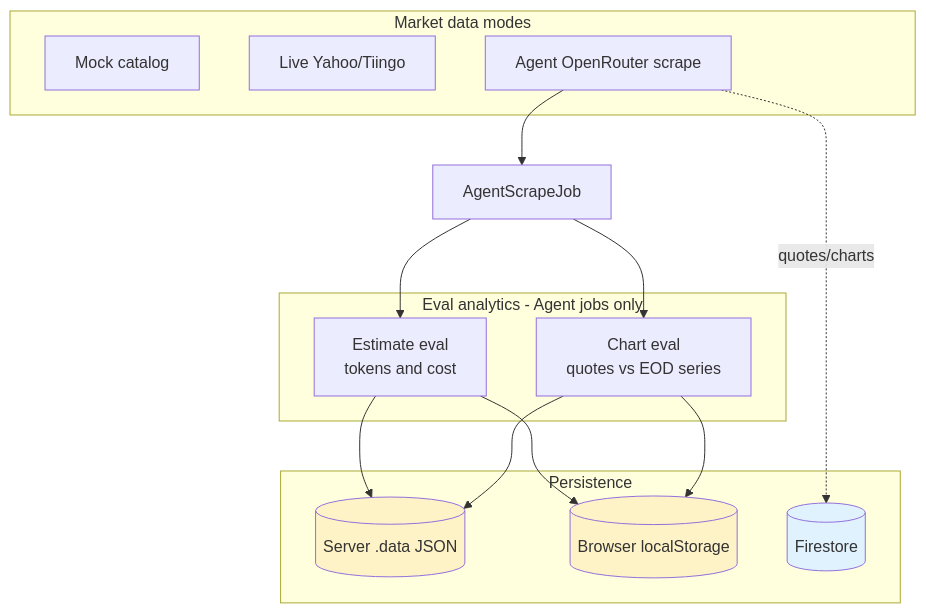
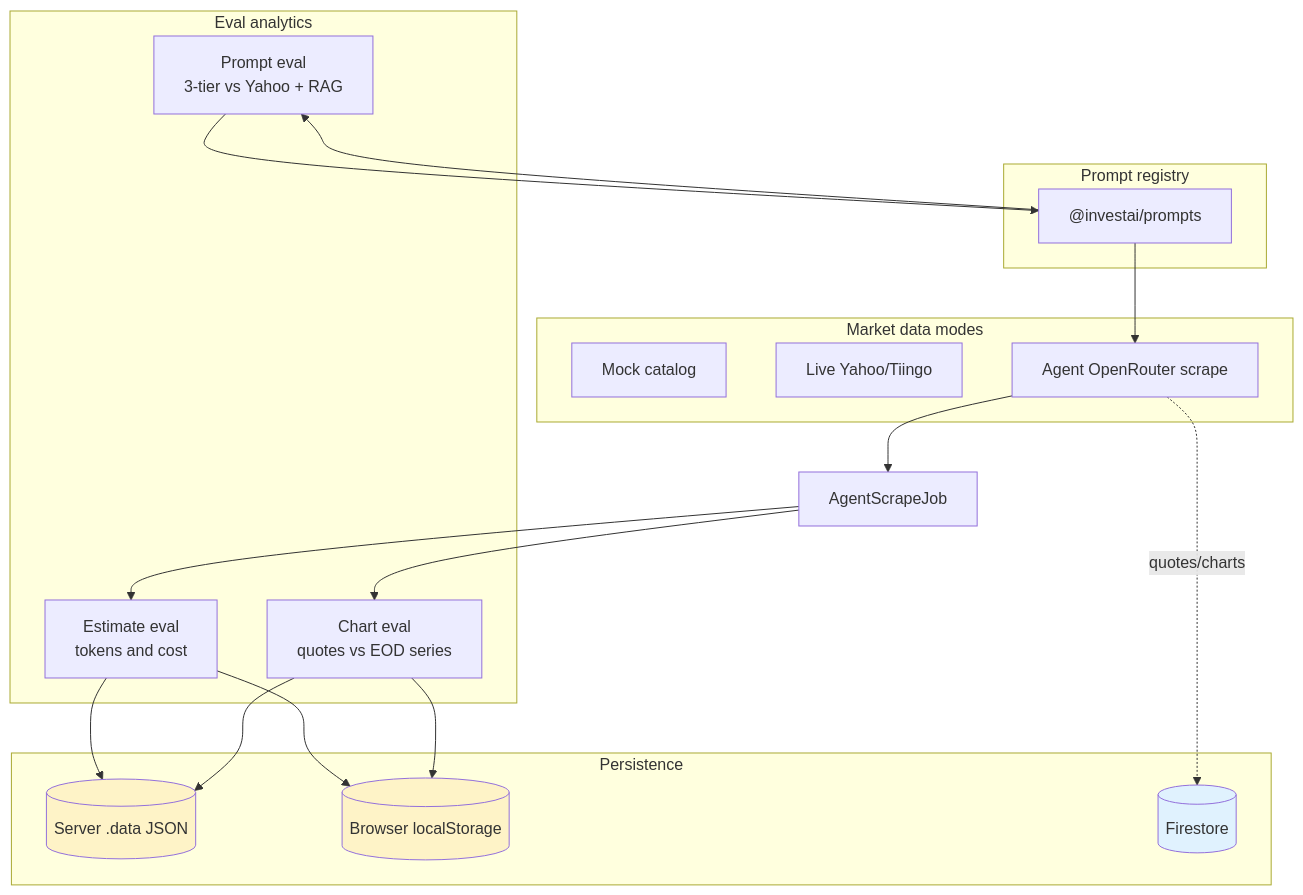
One commit to Pukujan/financial-investment-with-gemini-insights changed the first of 3 diagrams in README.md. Above: the diagram before and after it, drawn with Mermaid. The commit also changed other lines of this file and 46 other files, not shown here.

First line of the commit message:
Add versioned prompt registry, RAG on chart jobs, and prompt engineering docs.

````diff
--- a/README.md
+++ b/README.md
@@ -115,33 +118,41 @@
 ```mermaid
 flowchart TB
   subgraph modes [Market data modes]
     MOCK[Mock catalog]
     LIVE[Live Yahoo/Tiingo]
     AGENT[Agent OpenRouter scrape]
   end
 
-  subgraph evals [Eval analytics - Agent jobs only]
+  subgraph evals [Eval analytics]
     EST[Estimate eval<br/>tokens and cost]
     CHART[Chart eval<br/>quotes vs EOD series]
+    PROMPT[Prompt eval<br/>3-tier vs Yahoo + RAG]
+  end
+
+  subgraph prompts [Prompt registry]
+    REG["@investai/prompts"]
   end
 
   AGENT --> JOB[AgentScrapeJob]
+  REG --> AGENT
+  REG --> PROMPT
   JOB --> EST
   JOB --> CHART
+  PROMPT --> REG
 
   subgraph storage [Persistence]
     DISK[(Server .data JSON)]
     LS[(Browser localStorage)]
     FS[(Firestore)]
   end
 
   EST --> DISK
   CHART --> DISK
   EST --> LS
   CHART --> LS
   AGENT -.quotes/charts.-> FS
 
   style FS fill:#e0f2fe
   style DISK fill:#fef3c7
   style LS fill:#fef3c7
 ```
````
